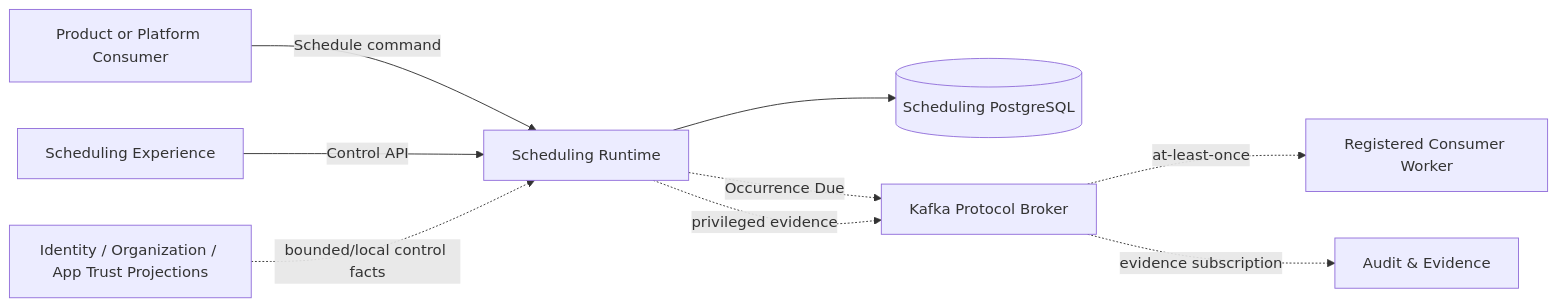
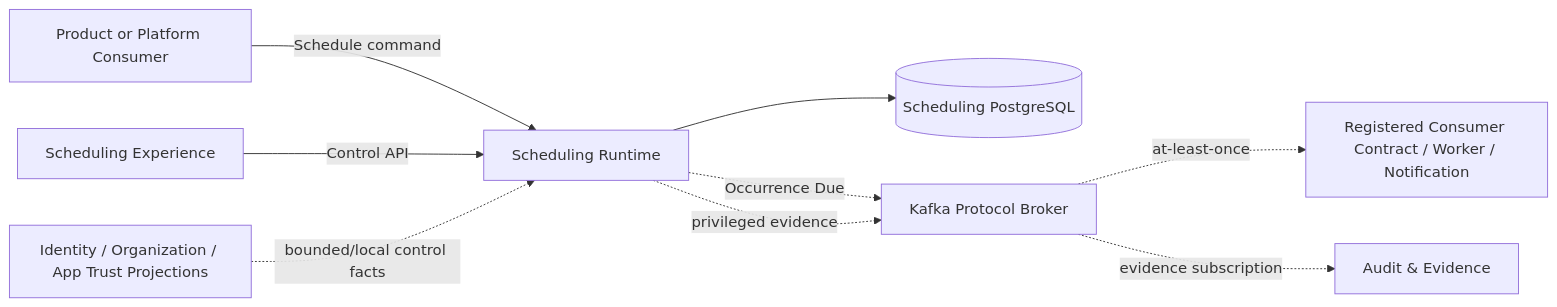
Before and after one commit to anshacerbia2/scnehaux-architecture: the first of 4 diagrams in 04-system/scnehaux-scheduling-platform/scnehaux-scheduling-runtime.sad.md, drawn with Mermaid. The commit also changed other lines of this file and 30 other files, not shown here.

Commit message:
refine platform execution and AI architecture

````diff
--- a/04-system/scnehaux-scheduling-platform/scnehaux-scheduling-runtime.sad.md
+++ b/04-system/scnehaux-scheduling-platform/scnehaux-scheduling-runtime.sad.md
@@ -109,20 +110,20 @@
 ```mermaid
 graph LR
     CONSUMER[Product or Platform Consumer]
     UI[Scheduling Experience]
     SCHED[Scheduling Runtime]
     DB[(Scheduling PostgreSQL)]
     KAFKA[Kafka Protocol Broker]
-    TARGET[Registered Consumer Worker]
+    TARGET[Registered Consumer Contract / Worker / Notification]
     TRUST[Identity / Organization / App Trust Projections]
     AUDIT[Audit & Evidence]
 
     CONSUMER -->|Schedule command| SCHED
     UI -->|Control API| SCHED
     SCHED --> DB
     TRUST -. bounded/local control facts .-> SCHED
     SCHED -. Occurrence Due .-> KAFKA
     KAFKA -. at-least-once .-> TARGET
     SCHED -. privileged evidence .-> KAFKA
     KAFKA -. evidence subscription .-> AUDIT
 ```
````
